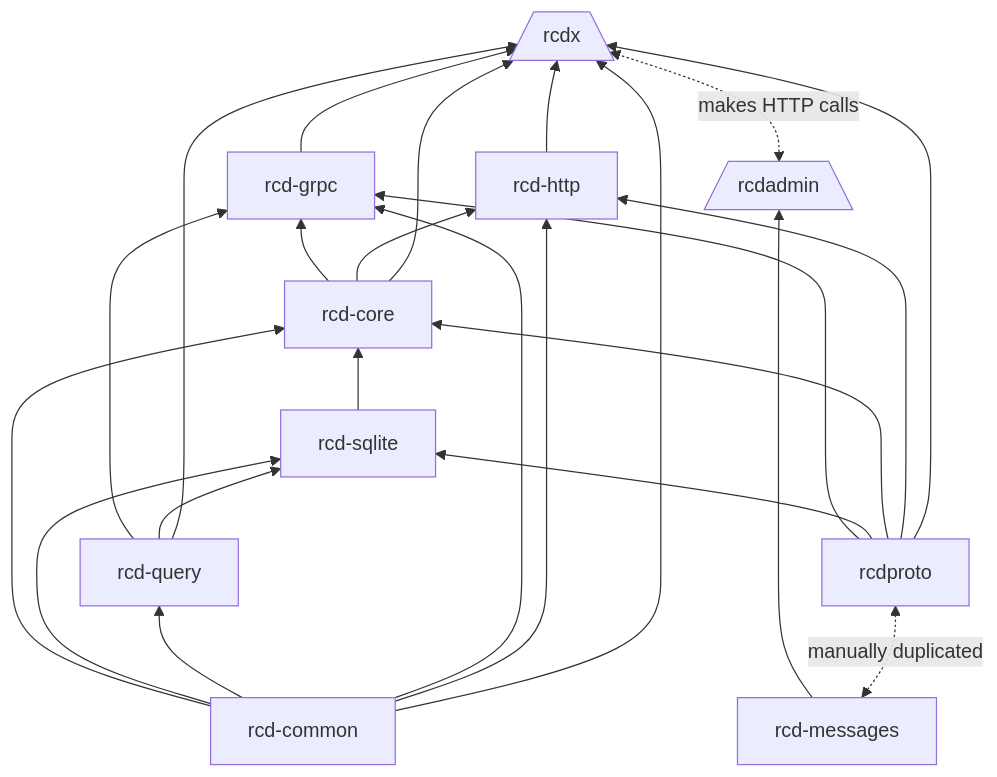
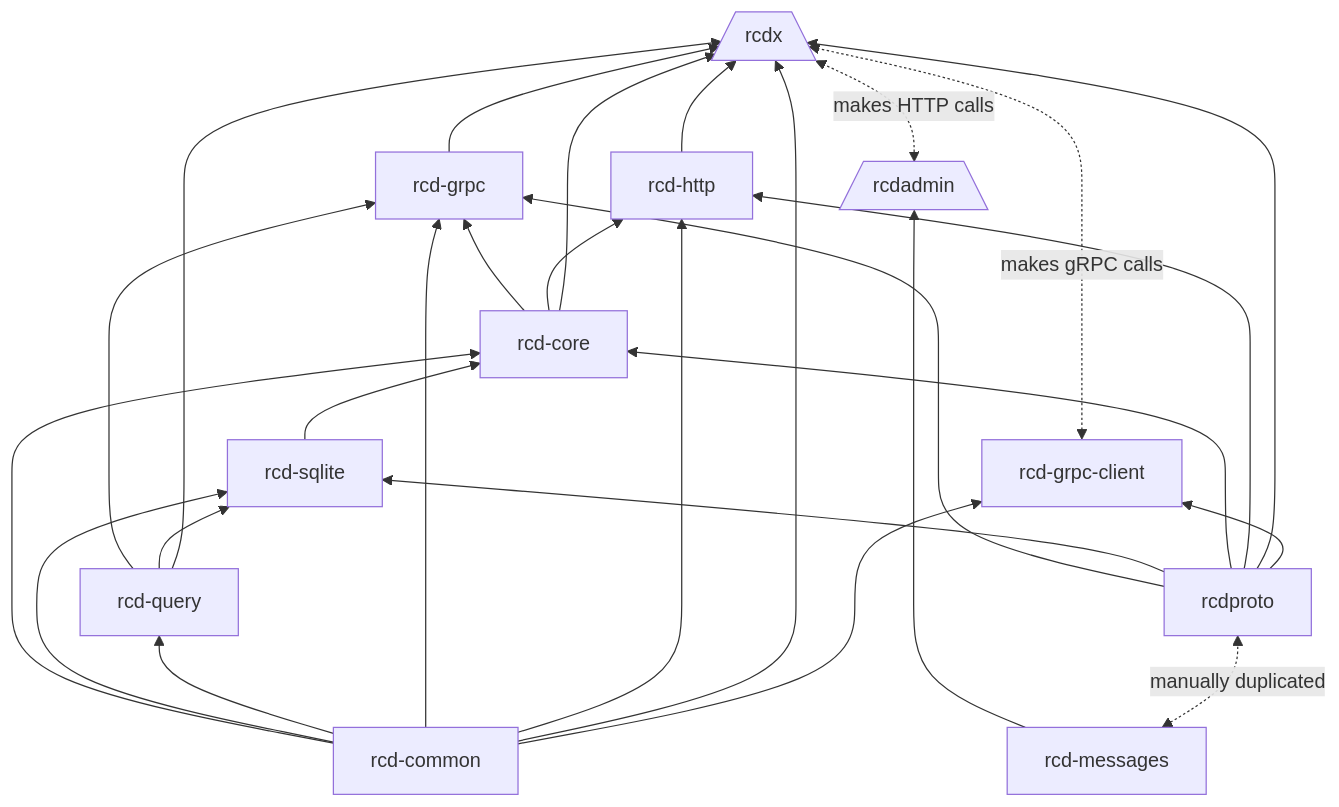
Before and after one commit to dynamoRando/rcd: the diagram in README.md, drawn with Mermaid. The commit also changed 2 other files, not shown here.

Commit message:
remove unneded references, update doc

````diff
--- a/README.md
+++ b/README.md
@@ -67,26 +67,29 @@
 ```mermaid
 flowchart BT
     rcd-common --> rcd-core
     rcd-common --> rcd-sqlite
     rcd-common --> rcd-query
     rcd-common --> rcd-grpc
     rcdproto --> rcd-grpc
     rcd-query --> rcd-grpc
     rcd-core --> rcd-grpc
     rcdproto --> rcd-sqlite
     rcd-query --> rcd-sqlite
     rcdproto --> rcd-core
     rcd-sqlite --> rcd-core
     rcdproto --> rcd-http
     rcd-core --> rcd-http
     rcd-common --> rcd-http
     rcd-core --> rcdx[/rcdx\]
     rcd-common --> rcdx[/rcdx\]
     rcdproto --> rcdx[/rcdx\]
     rcd-query --> rcdx[/rcdx\]
     rcd-http --> rcdx[/rcdx\]
     rcd-grpc --> rcdx[/rcdx\]
     rcd-messages --> rcdadmin[/rcdadmin\]
     rcd-messages <-.manually duplicated.-> rcdproto
     rcdadmin[/rcdadmin\] <-.makes HTTP calls.-> rcdx[/rcdx\]
+    rcd-grpc-client <-.makes gRPC calls.-> rcdx[/rcdx\]
+    rcdproto --> rcd-grpc-client
+    rcd-common --> rcd-grpc-client
 ```
````
